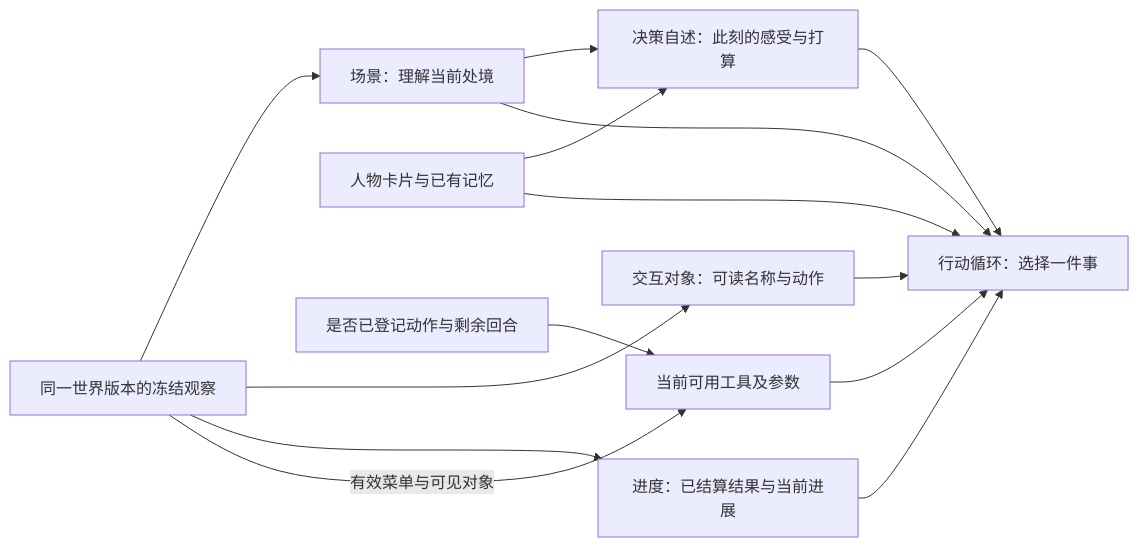
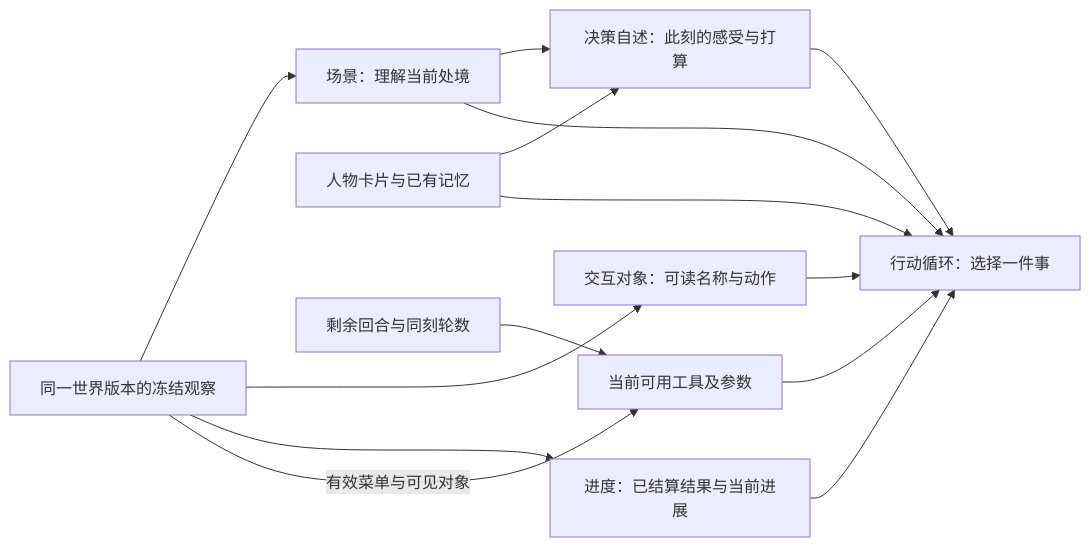
One commit to HoldThatThgt/WorldMock changed the third of 9 diagrams in docs/design/04-simulation-engine.md. Above: the diagram before and after it, drawn with Mermaid. The commit also changed other lines of this file and 28 other files, not shown here.

````diff
--- a/docs/design/04-simulation-engine.md
+++ b/docs/design/04-simulation-engine.md
@@ -179,12 +190,12 @@
 ```mermaid
 flowchart LR
     W[同一世界版本的冻结观察] --> S[场景：理解当前处境]
     W --> F[交互对象：可读名称与动作]
     W --> G[进度：已结算结果与当前进展]
     C[人物卡片与已有记忆] --> D[决策自述：此刻的感受与打算]
     S --> D
     C & S & F & G & D --> A[行动循环：选择一件事]
     W -->|有效菜单与可见对象| T[当前可用工具及参数]
-    P[是否已登记动作与剩余回合] --> T
+    P[剩余回合与同刻轮数] --> T
     T --> A
 ```
````
